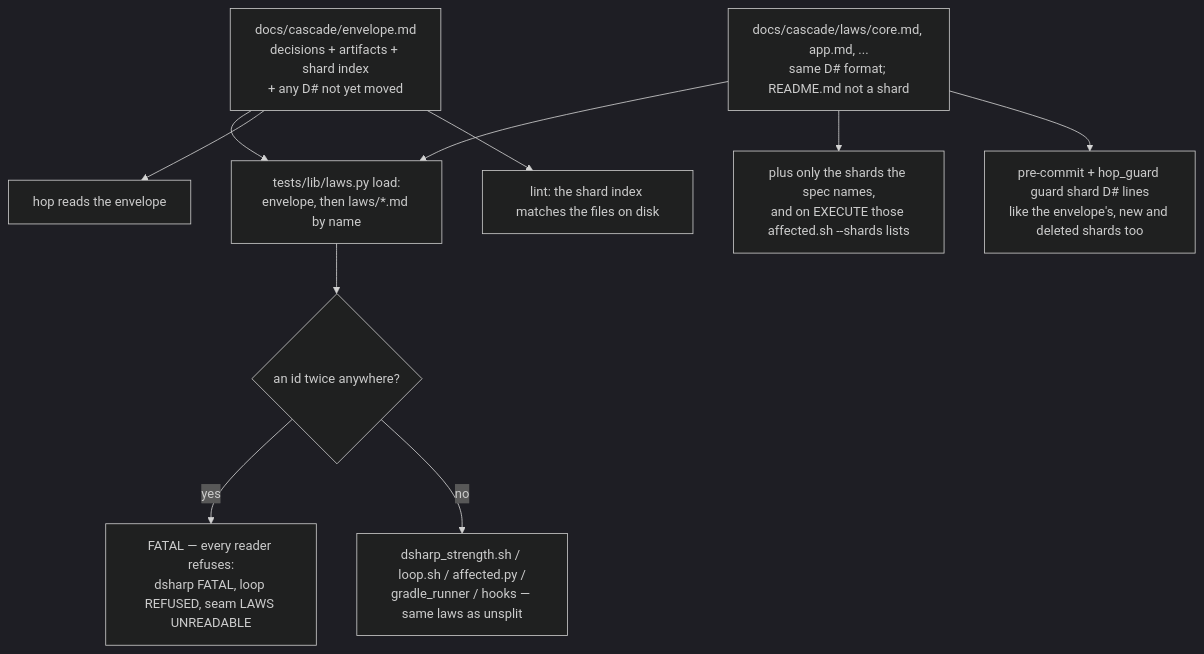
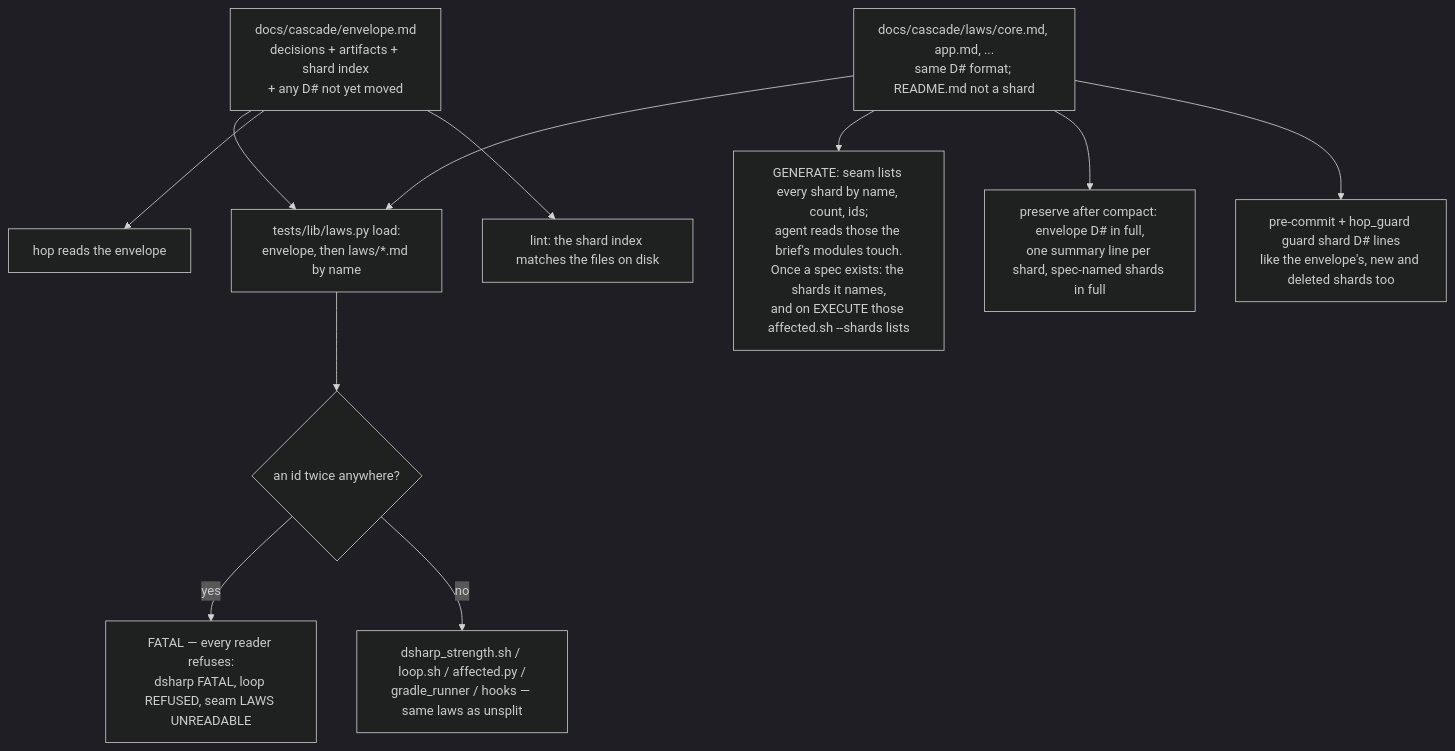
The second of 2 diagrams in docs/cascade/05b-t67-envelope-shards.md (kadaluarsa/barbaric-driven-development), drawn with Mermaid (dark theme) before and after one commit. The commit also changed other lines of this file and 1 other file, not shown here.

Commit message:
GENERATE 05b t67-envelope-shards: answer the critic (C1–C10 fixed), spec v2

````diff
--- a/docs/cascade/05b-t67-envelope-shards.md
+++ b/docs/cascade/05b-t67-envelope-shards.md
@@ -47,12 +47,13 @@
 ```mermaid
 flowchart TD
   E[docs/cascade/envelope.md<br/>decisions + artifacts + shard index<br/>+ any D# not yet moved] --> L[tests/lib/laws.py load:<br/>envelope, then laws/*.md by name]
   S[docs/cascade/laws/core.md, app.md, ...<br/>same D# format; README.md not a shard] --> L
   L --> U{an id twice anywhere?}
   U -->|yes| F[FATAL — every reader refuses:<br/>dsharp FATAL, loop REFUSED, seam LAWS UNREADABLE]
   U -->|no| D[dsharp_strength.sh / loop.sh / affected.py /<br/>gradle_runner / hooks — same laws as unsplit]
   E --> R[hop reads the envelope]
-  S --> R2[plus only the shards the spec names,<br/>and on EXECUTE those affected.sh --shards lists]
+  S --> R2[GENERATE: seam lists every shard by name, count, ids;<br/>agent reads those the brief's modules touch.<br/>Once a spec exists: the shards it names,<br/>and on EXECUTE those affected.sh --shards lists]
+  S --> P[preserve after compact: envelope D# in full,<br/>one summary line per shard, spec-named shards in full]
   S --> G[pre-commit + hop_guard guard shard D# lines<br/>like the envelope's, new and deleted shards too]
   E --> I[lint: the shard index matches the files on disk]
 ```
````
